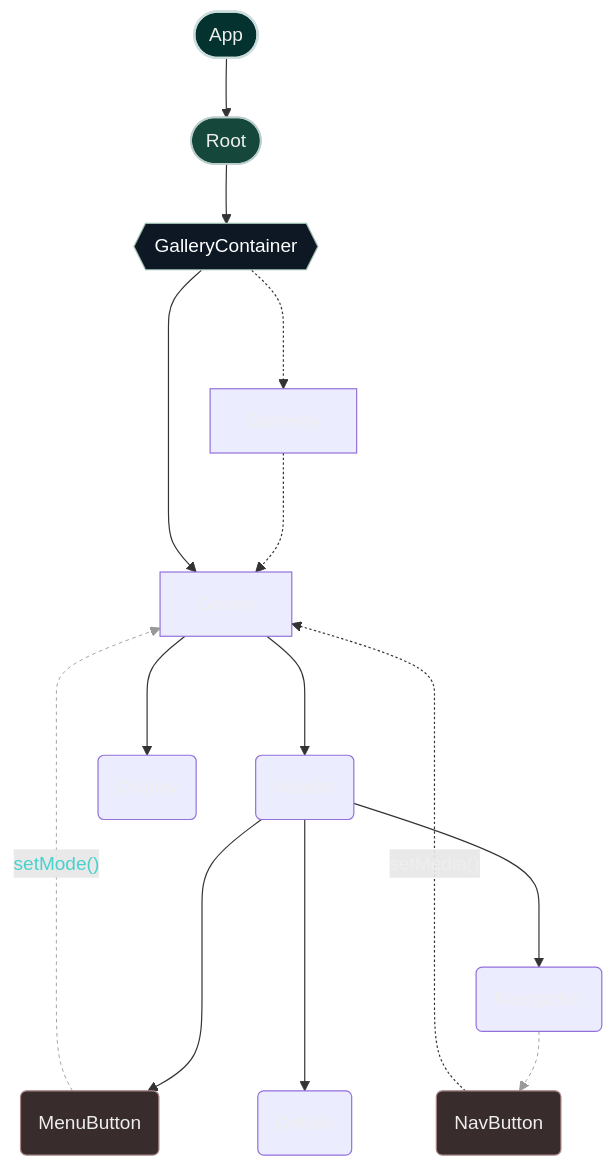
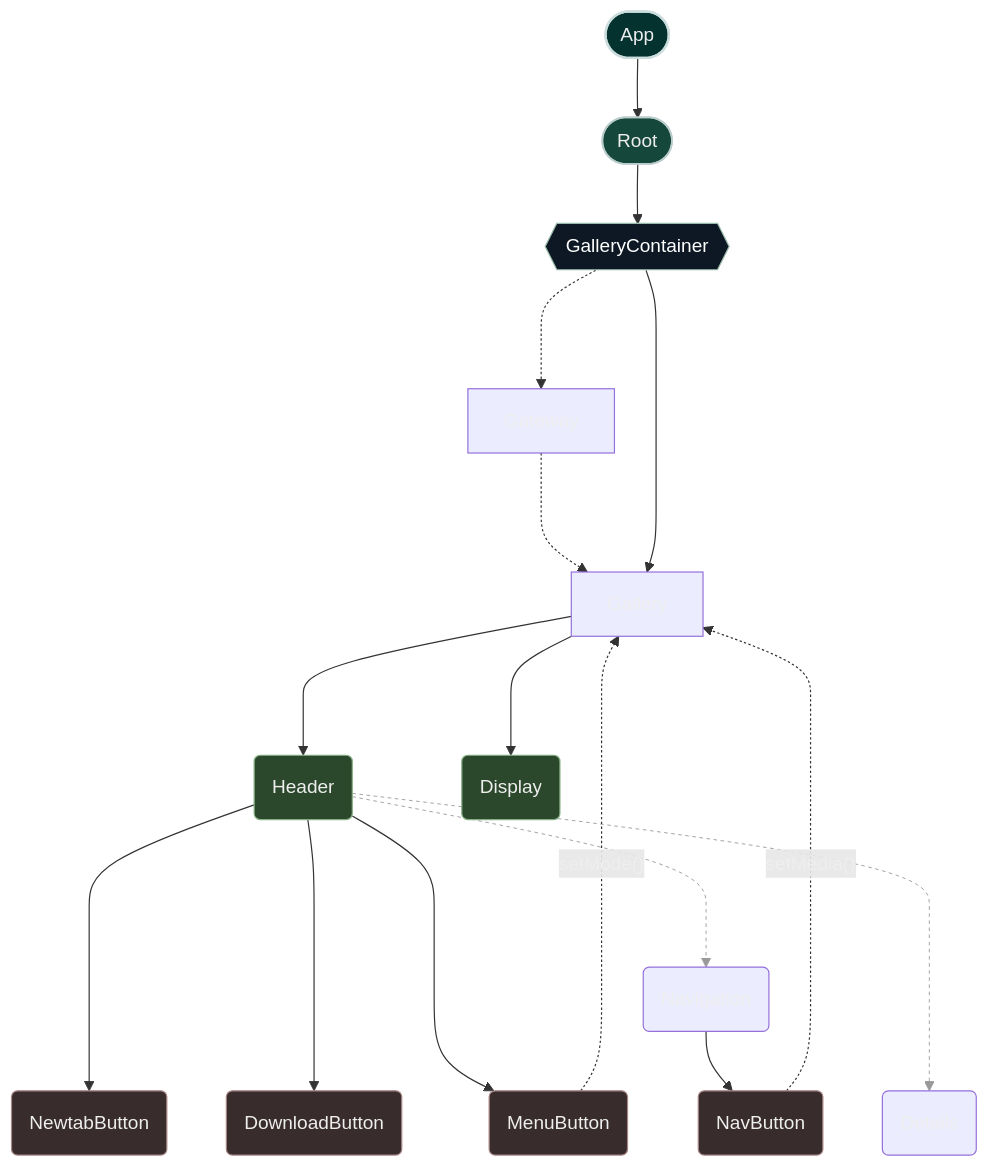
The first of 2 diagrams in README.md (xram64/tma-react-gallery), drawn with Mermaid before and after one commit. The commit also changed 6 other files, not shown here.

````diff
--- a/README.md
+++ b/README.md
@@ -7,42 +7,48 @@
 ```mermaid
 
 graph TD
     %% Flowchart %%
     App([App])
     App --> Root([Root])
 
     Root --> GC{{GalleryContainer}}
     
     GC -..-> Gwy[Gateway]
     Gwy -..-> G
 
     GC --> G[Gallery]
 
     G ---> HD(Header)
     G ---> DS(Display)
 
+    HD ----> nt_b(NewtabButton)
+    HD ----> dl_b(DownloadButton)
     HD ----> mn_b(MenuButton)
+
     HD ---> nv(Navigation)
     HD ----> dt(Details)
 
     nv --> nv_b(NavButton)
 
     mn_b -. "setMode()"  ....-> G
     nv_b -. "setMedia()" ...-> G
 
 
     %% Styling %%
     classDef app color:#eee,fill:#04322f,stroke:#cdd,stroke-width:2px;
     class App app;
 
     classDef root color:#eee,fill:#15483A,stroke:#bcc,stroke-width:1.5px;
     class Root root;
 
     classDef container color:#fff,fill:#0d1824,stroke:#9ba;
     class GC container;
     
+    classDef section fill:#2c482c,stroke:#86b086;
+    class HD,DS section;
+
     classDef helper fill:#382c2c,stroke:#a88686;
-    class mn_b,nv_b helper;
+    class mn_b,nv_b,nt_b,dl_b helper;
 
     linkStyle 10,11 stroke:#999,stroke-width:0.75px,stroke-dasharray:3,color:MediumTurquoise;
 ```
````
